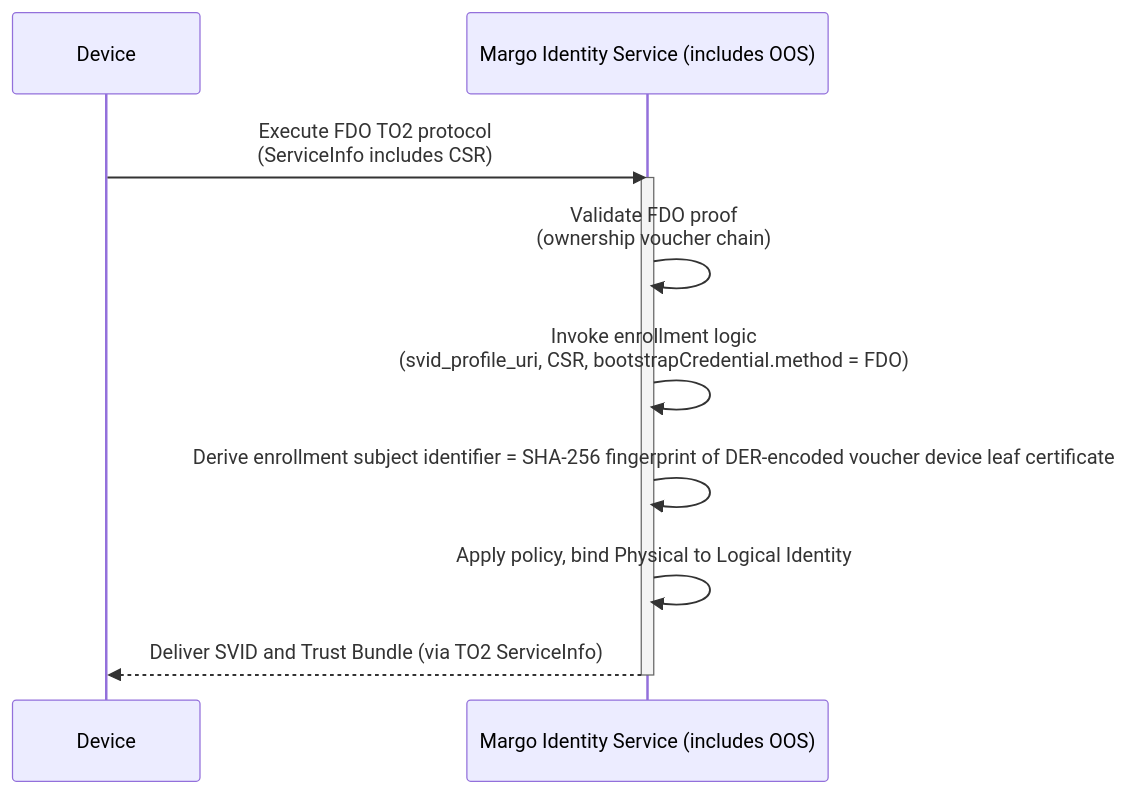
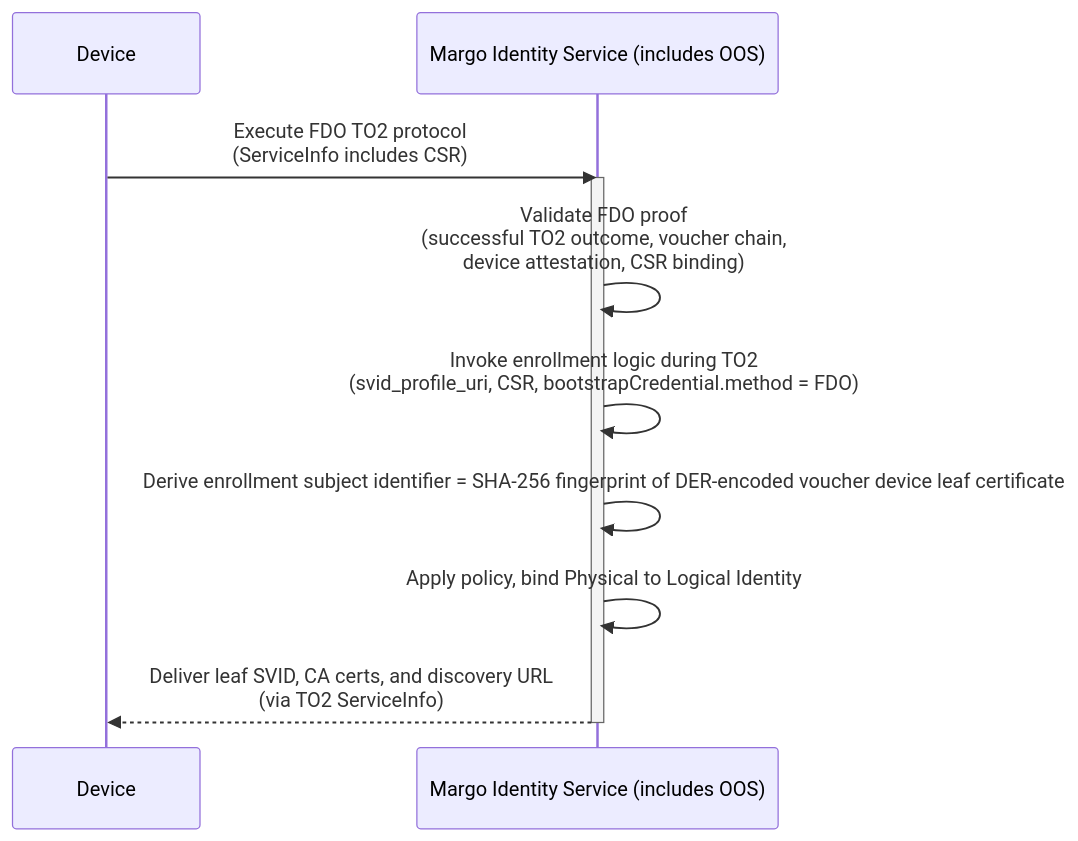
One commit to margo/specification-enhancements changed the sixth of 7 diagrams in proposals/margo-identity-and-authorization-framework.md. Above: the diagram before and after it, drawn with Mermaid. The commit also changed other lines of this file, not shown here.

Commit message:
docs: define common contract for bootstrap methods and continue work on FDO method

````diff
--- a/proposals/margo-identity-and-authorization-framework.md
+++ b/proposals/margo-identity-and-authorization-framework.md
@@ -1650,14 +1672,14 @@
 ```mermaid
 sequenceDiagram
     participant Device
     participant MIS as Margo Identity Service (includes OOS)
 
     Device->>MIS: Execute FDO TO2 protocol<br/>(ServiceInfo includes CSR)
     activate MIS
-    MIS->>MIS: Validate FDO proof<br/>(ownership voucher chain)
-    MIS->>MIS: Invoke enrollment logic<br/>(svid_profile_uri, CSR, bootstrapCredential.method = FDO)
+    MIS->>MIS: Validate FDO proof<br/>(successful TO2 outcome, voucher chain,<br/>device attestation, CSR binding)
+    MIS->>MIS: Invoke enrollment logic during TO2<br/>(svid_profile_uri, CSR, bootstrapCredential.method = FDO)
     MIS->>MIS: Derive enrollment subject identifier = SHA-256 fingerprint of DER-encoded voucher device leaf certificate
     MIS->>MIS: Apply policy, bind Physical to Logical Identity
-    MIS-->>Device: Deliver SVID and Trust Bundle (via TO2 ServiceInfo)
+    MIS-->>Device: Deliver leaf SVID, CA certs, and discovery URL<br/>(via TO2 ServiceInfo)
     deactivate MIS
 ```
````
